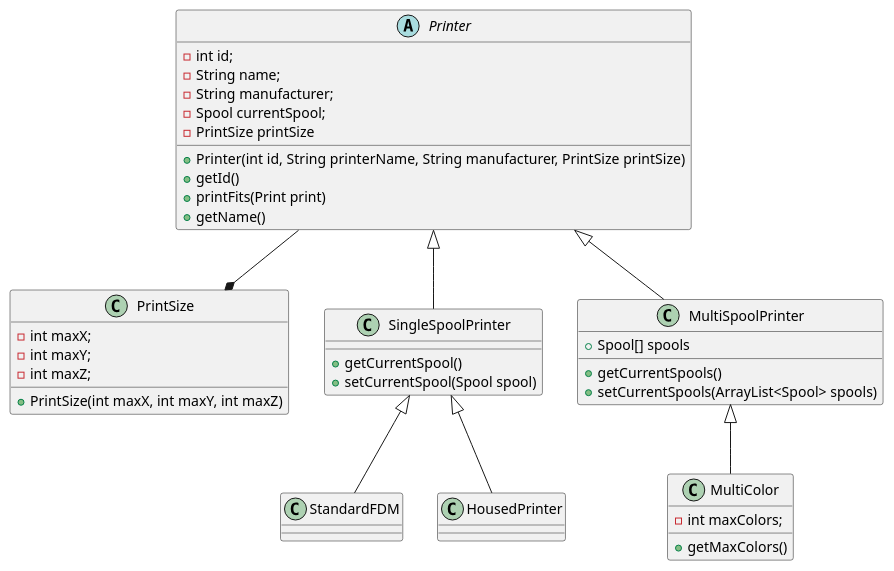
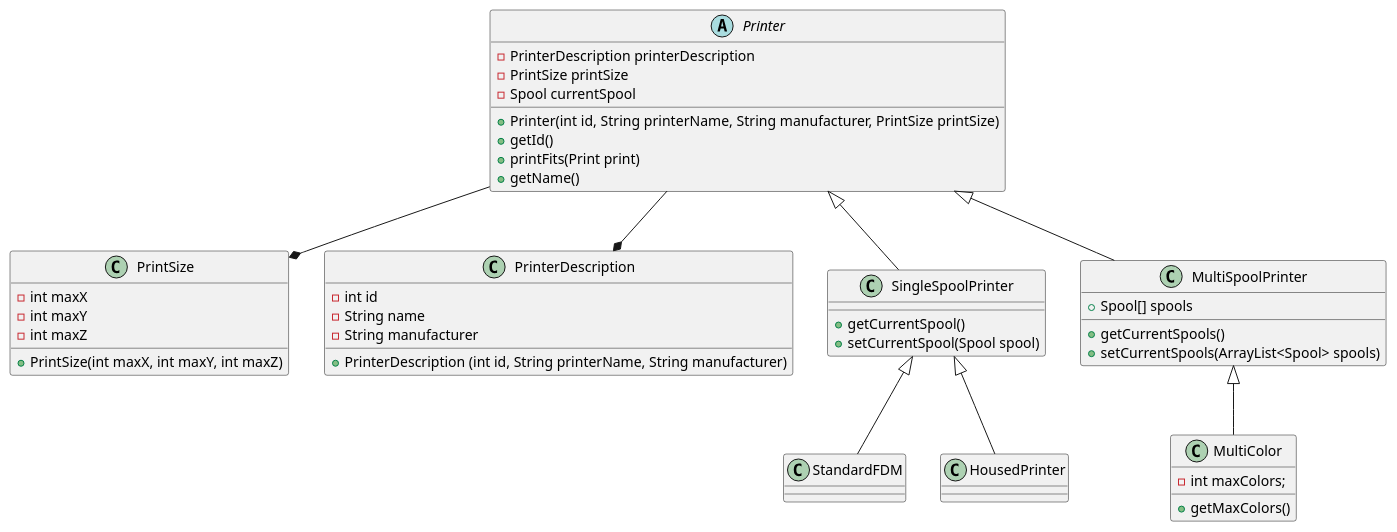
Before and after one commit to hann-xq/system-design: the diagram in src/main/diagrams/SOLID_O-after.puml, drawn with PlantUML.

Commit message:
Changes in diagram SOLID_O-after.puml

```diff
--- a/src/main/diagrams/SOLID_O-after.puml
+++ b/src/main/diagrams/SOLID_O-after.puml
@@ -1,49 +1,55 @@
 @startuml
 'https://plantuml.com/class-diagram
 'skinparam classAttributeIconSize 0
 
 Printer --* PrintSize
+Printer --* PrinterDescription
 
 abstract class Printer {
-    - int id;
-    - String name;
-    - String manufacturer;
-    - Spool currentSpool;
+    - PrinterDescription printerDescription
     - PrintSize printSize
+    - Spool currentSpool
 
     +Printer(int id, String printerName, String manufacturer, PrintSize printSize)
     +getId()
     +printFits(Print print)
     +getName()
 }
 
 class PrintSize {
-    - int maxX;
-    - int maxY;
-    - int maxZ;
-    +PrintSize(int maxX, int maxY, int maxZ)
+    - int maxX
+    - int maxY
+    - int maxZ
+    + PrintSize(int maxX, int maxY, int maxZ)
+}
+
+class PrinterDescription {
+    - int id
+    - String name
+    - String manufacturer
+    + PrinterDescription (int id, String printerName, String manufacturer)
 }
 
 class SingleSpoolPrinter extends Printer {
     +getCurrentSpool()
     +setCurrentSpool(Spool spool)
 }
 
 class MultiSpoolPrinter extends Printer {
     +Spool[] spools
     +getCurrentSpools()
     +setCurrentSpools(ArrayList<Spool> spools)
 }
 
 class StandardFDM extends SingleSpoolPrinter {
 }
 
 class MultiColor extends MultiSpoolPrinter {
     -int maxColors;
     +getMaxColors()
 }
 
 class HousedPrinter extends SingleSpoolPrinter {
 }
 
 @enduml
```
